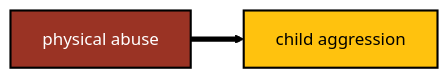
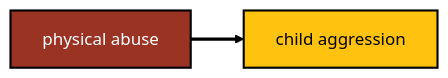
One commit to agrogan1/closeread changed the third of 4 diagrams in normativeness-of-violence/normativeness-of-violence.qmd. Above: the diagram before and after it, drawn with Mermaid. The commit also changed other lines of this file and 18 other files, not shown here.

````diff
--- a/normativeness-of-violence/normativeness-of-violence.qmd
+++ b/normativeness-of-violence/normativeness-of-violence.qmd
@@ -69,20 +164,20 @@
 ```{mermaid}
 %%| label: fig-result-1
 
 flowchart LR
 
   classDef yellow fill:#FFC20E,stroke:#000000,stroke-width:2px,color:#000000;
   
   classDef blue fill:#374EA2,stroke:#000000,stroke-width:2px,color:#FFFFFF;
   
   classDef green fill:#00833D,stroke:#000000,stroke-width:2px,color:#FFFFFF;
   
   classDef orange fill:#D86018,stroke:#000000,stroke-width:2px,color:#FFFFFF;
   
   classDef red fill:#9A3324,stroke:#000000,stroke-width:2px,color:#FFFFFF;
   
   abuse[physical abuse]:::red --> aggression[child aggression]:::yellow
 
-  linkStyle 0 stroke:#000000,stroke-width:5px,font-size:36px,color:black;
+  linkStyle 0 stroke:#000000,stroke-width:3px,font-size:36px,color:black;
 
 ```
````
